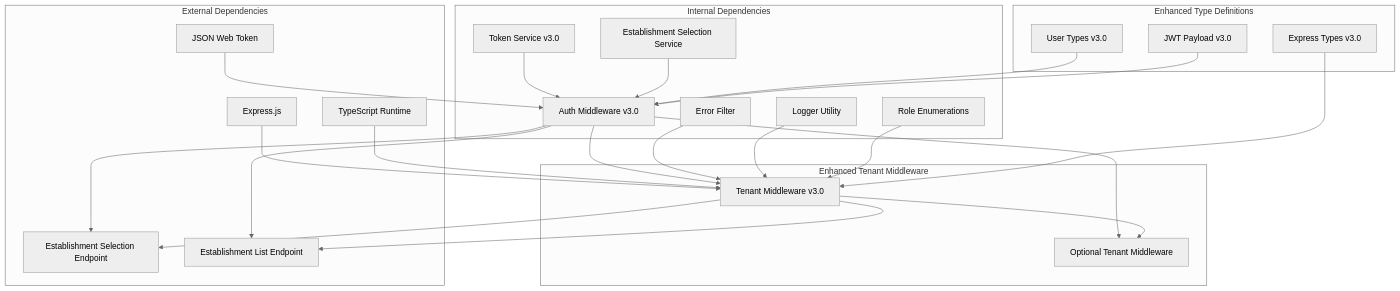
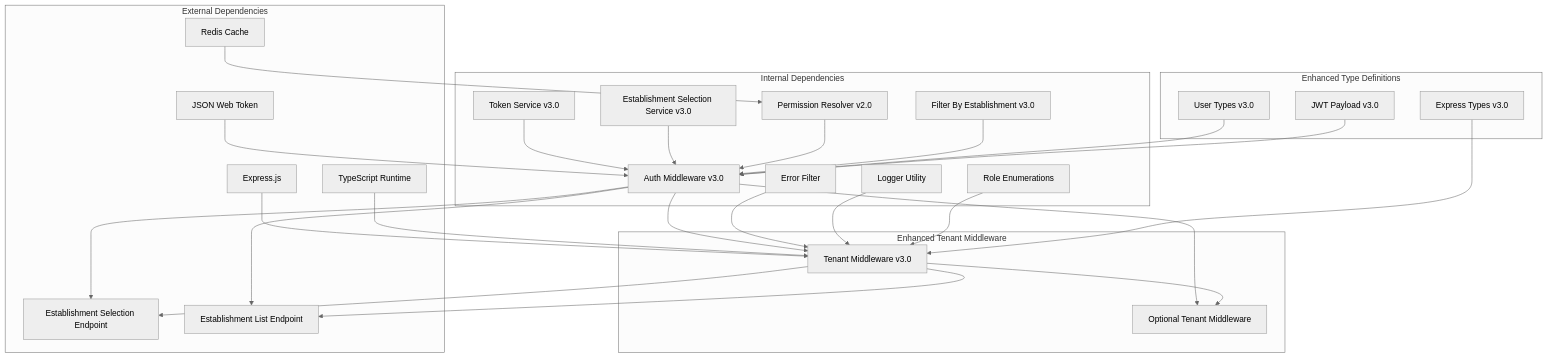
Before and after one commit to franckylab/eLISAschool: the fifth of 6 diagrams in .qoder/repowiki/en/content/Modules & Features/Administrative Modules/Security & Governance/Tenant Middleware.md, drawn with Mermaid (neutral theme). The commit also changed other lines of this file and 84 other files, not shown here.

````diff
--- a/.qoder/repowiki/en/content/Modules & Features/Administrative Modules/Security & Governance/Tenant Middleware.md
+++ b/.qoder/repowiki/en/content/Modules & Features/Administrative Modules/Security & Governance/Tenant Middleware.md
@@ -394,51 +496,57 @@
 ```mermaid
 graph TB
 subgraph "External Dependencies"
 EXPRESS[Express.js]
 JWT[JSON Web Token]
 TYPESCRIPT[TypeScript Runtime]
+REDIS[Redis Cache]
 ENDPOINT[Establishment Selection Endpoint]
 ENDPOINT2[Establishment List Endpoint]
 end
 subgraph "Internal Dependencies"
 AUTH_MIDDLEWARE[Auth Middleware v3.0]
 ERROR_FILTER[Error Filter]
 LOGGER_UTIL[Logger Utility]
 ROLE_ENUMS[Role Enumerations]
 TOKEN_SERVICE[Token Service v3.0]
-ETABLISSEMENT_SELECTION[Establishment Selection Service]
+ETABLISSEMENT_SELECTION[Establishment Selection Service v3.0]
+PERMISSION_RESOLVER[Permission Resolver v2.0]
+FILTER_BY_ETABLISSEMENT[Filter By Establishment v3.0]
 ENDPOINT[Establishment Selection Endpoint]
 ENDPOINT2[Establishment List Endpoint]
 end
 subgraph "Enhanced Tenant Middleware"
 TENANT_MW[Tenant Middleware v3.0]
 OPTIONAL_TENANT[Optional Tenant Middleware]
 ENDPOINT[Establishment Selection Endpoint]
 ENDPOINT2[Establishment List Endpoint]
 end
 subgraph "Enhanced Type Definitions"
 EXPRESS_TYPES[Express Types v3.0]
 USER_TYPES[User Types v3.0]
 JWT_PAYLOAD[JWT Payload v3.0]
 ENDPOINT[Establishment Selection Endpoint]
 ENDPOINT2[Establishment List Endpoint]
 end
 EXPRESS --> TENANT_MW
 JWT --> AUTH_MIDDLEWARE
 TYPESCRIPT --> TENANT_MW
+REDIS --> PERMISSION_RESOLVER
 AUTH_MIDDLEWARE --> TENANT_MW
 ERROR_FILTER --> TENANT_MW
 LOGGER_UTIL --> TENANT_MW
 ROLE_ENUMS --> TENANT_MW
 TOKEN_SERVICE --> AUTH_MIDDLEWARE
 ETABLISSEMENT_SELECTION --> AUTH_MIDDLEWARE
+PERMISSION_RESOLVER --> AUTH_MIDDLEWARE
+FILTER_BY_ETABLISSEMENT --> AUTH_MIDDLEWARE
 AUTH_MIDDLEWARE --> OPTIONAL_TENANT
 TENANT_MW --> OPTIONAL_TENANT
 TENANT_MW --> ENDPOINT
 TENANT_MW --> ENDPOINT2
 AUTH_MIDDLEWARE --> ENDPOINT
 AUTH_MIDDLEWARE --> ENDPOINT2
 EXPRESS_TYPES --> TENANT_MW
 USER_TYPES --> AUTH_MIDDLEWARE
 JWT_PAYLOAD --> AUTH_MIDDLEWARE
 ```
````
